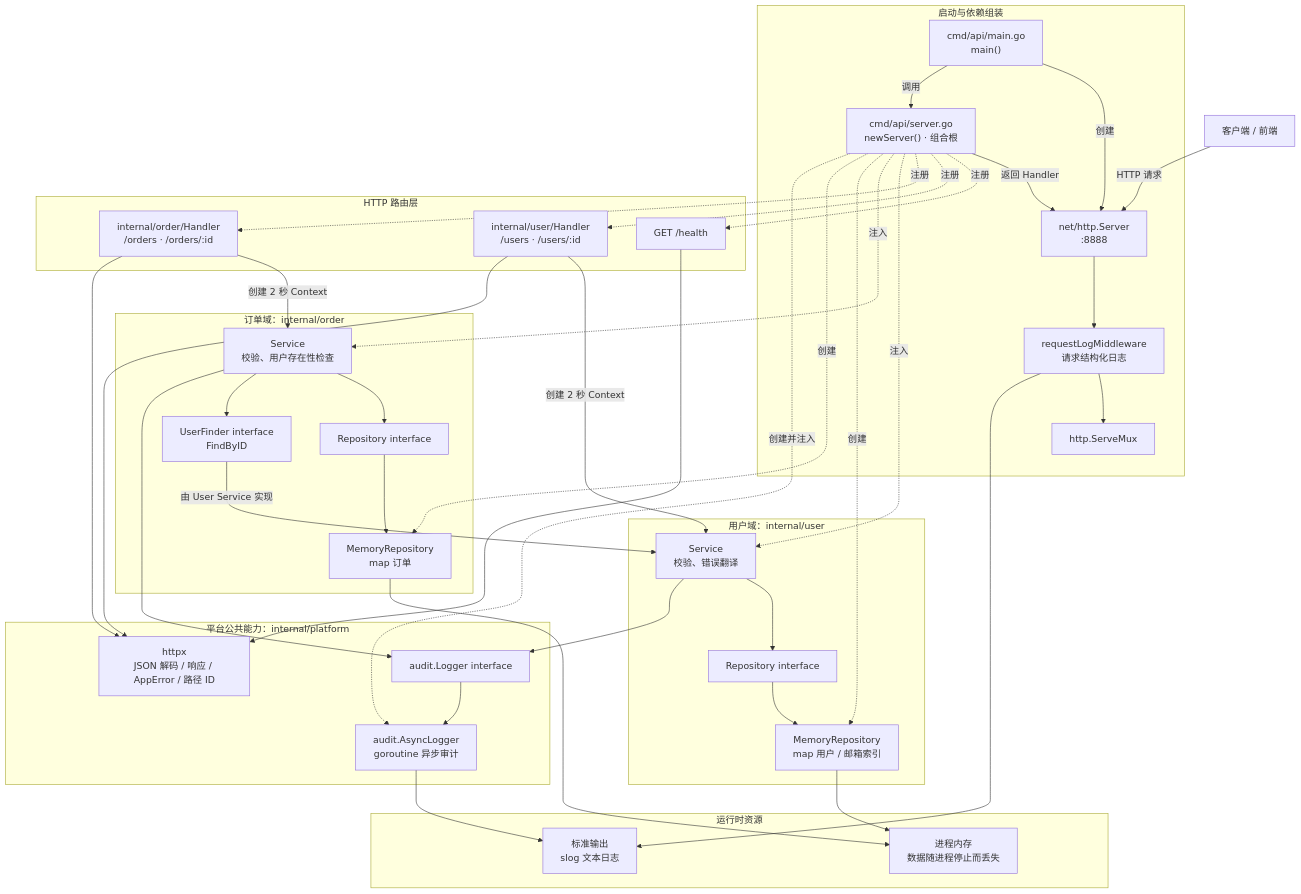
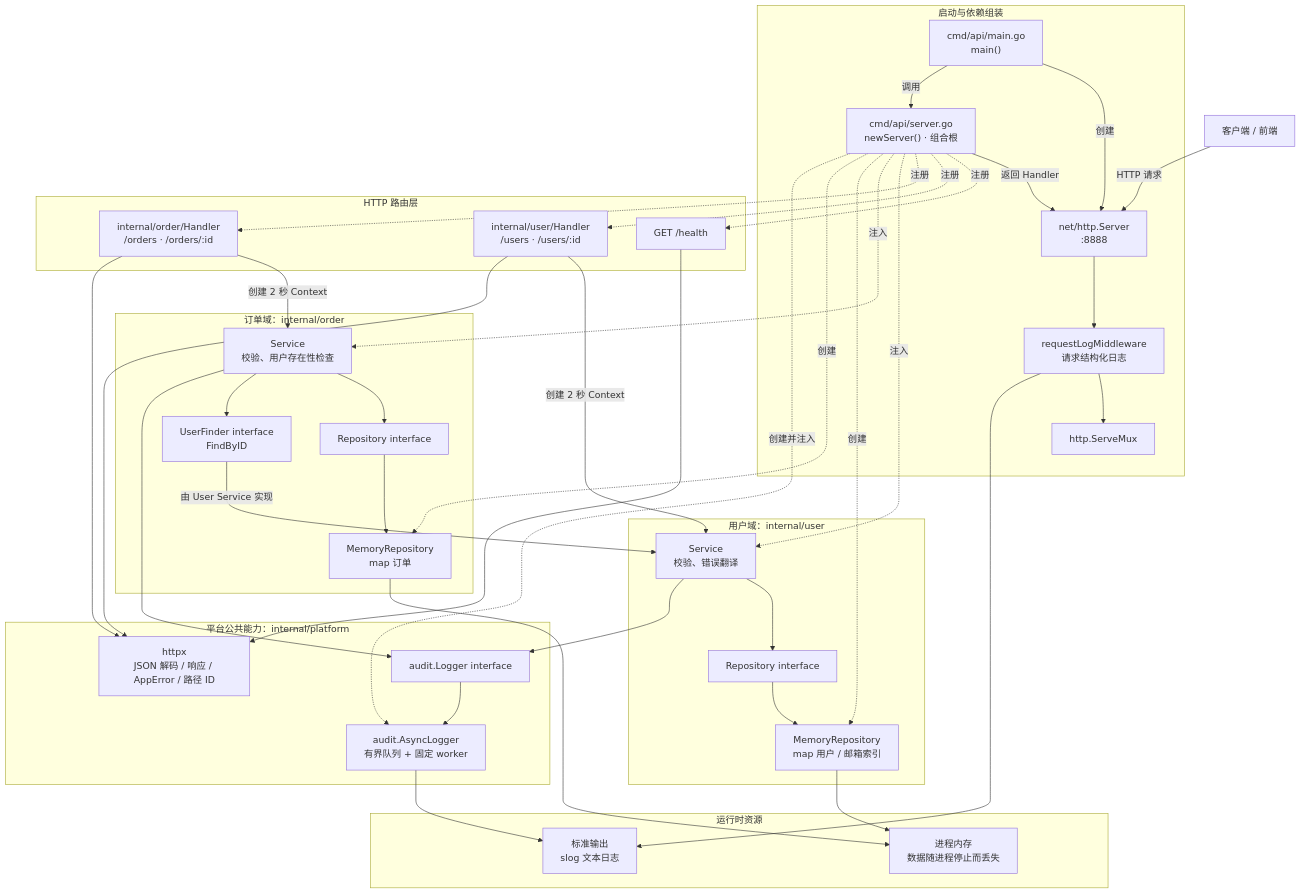
One commit to HillBridge/codex-go-web-api changed the first of 2 diagrams in user-order-api/docs/architecture.md. Above: the diagram before and after it, drawn with Mermaid. The commit also changed other lines of this file and 8 other files, not shown here.

````diff
--- a/user-order-api/docs/architecture.md
+++ b/user-order-api/docs/architecture.md
@@ -14,73 +14,73 @@
 ```mermaid
 flowchart TB
     client["客户端 / 前端"]
 
     subgraph entry["启动与依赖组装"]
         main["cmd/api/main.go<br/>main()"]
         server["net/http.Server<br/>:8888"]
         compose["cmd/api/server.go<br/>newServer() · 组合根"]
         mux["http.ServeMux"]
         middleware["requestLogMiddleware<br/>请求结构化日志"]
     end
 
     subgraph routes["HTTP 路由层"]
         health["GET /health"]
         userHandler["internal/user/Handler<br/>/users · /users/:id"]
         orderHandler["internal/order/Handler<br/>/orders · /orders/:id"]
     end
 
     subgraph userDomain["用户域：internal/user"]
         userService["Service<br/>校验、错误翻译"]
         userRepoPort["Repository interface"]
         userRepo["MemoryRepository<br/>map 用户 / 邮箱索引"]
     end
 
     subgraph orderDomain["订单域：internal/order"]
         orderService["Service<br/>校验、用户存在性检查"]
         orderRepoPort["Repository interface"]
         orderRepo["MemoryRepository<br/>map 订单"]
         userFinder["UserFinder interface<br/>FindByID"]
     end
 
     subgraph platform["平台公共能力：internal/platform"]
         httpx["httpx<br/>JSON 解码 / 响应 / AppError / 路径 ID"]
         auditPort["audit.Logger interface"]
-        auditLogger["audit.AsyncLogger<br/>goroutine 异步审计"]
+        auditLogger["audit.AsyncLogger<br/>有界队列 + 固定 worker"]
     end
 
     subgraph runtime["运行时资源"]
         memory["进程内存<br/>数据随进程停止而丢失"]
         stdout["标准输出<br/>slog 文本日志"]
     end
 
     main -->|"创建"| server
     main -->|"调用"| compose
     compose -->|"返回 Handler"| server
     client -->|"HTTP 请求"| server
     server --> middleware --> mux
 
     compose -. "注册" .-> health
     compose -. "注册" .-> userHandler
     compose -. "注册" .-> orderHandler
 
     health --> httpx
     userHandler -->|"创建 2 秒 Context"| userService
     orderHandler -->|"创建 2 秒 Context"| orderService
     userHandler --> httpx
     orderHandler --> httpx
 
     compose -. "注入" .-> userService
     compose -. "注入" .-> orderService
     compose -. "创建" .-> userRepo
     compose -. "创建" .-> orderRepo
     compose -. "创建并注入" .-> auditLogger
 
     userService --> userRepoPort --> userRepo --> memory
     orderService --> orderRepoPort --> orderRepo --> memory
     orderService --> userFinder
     userFinder -->|"由 User Service 实现"| userService
 
     userService --> auditPort --> auditLogger --> stdout
     orderService --> auditPort
     middleware --> stdout
 ```
````
